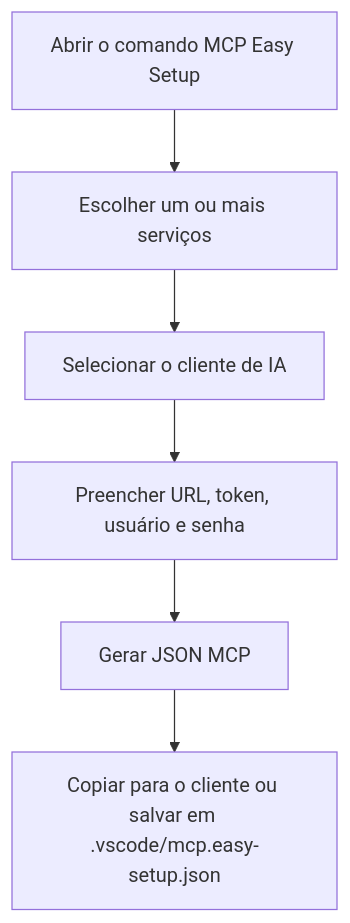
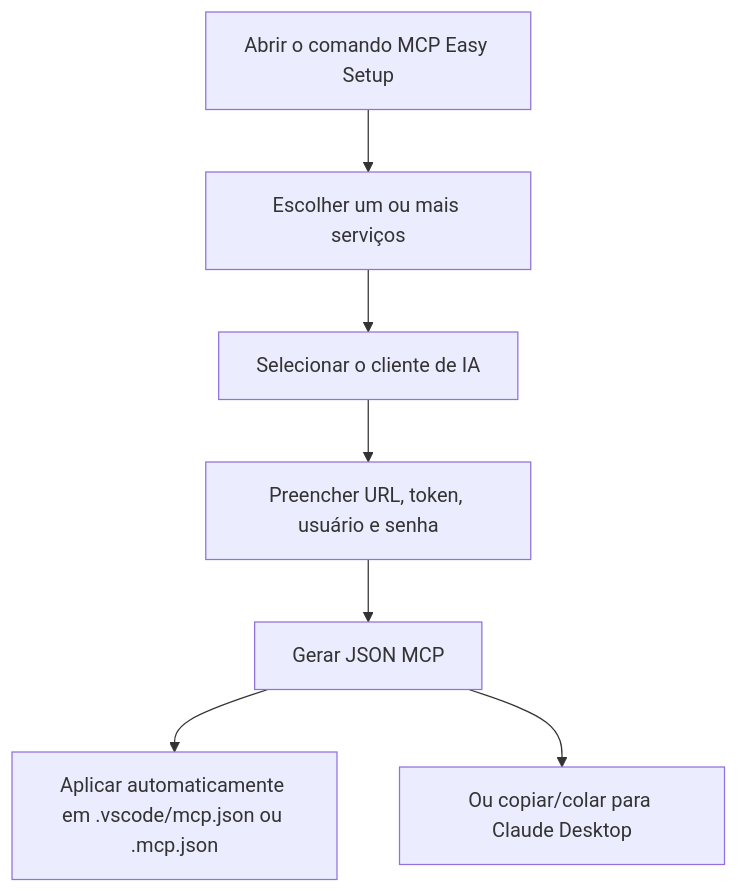
One commit to viniciusscience/mcp-easy-setup changed the diagram in README.md. Above: the diagram before and after it, drawn with Mermaid. The commit also changed other lines of this file and 4 other files, not shown here.

````diff
--- a/README.md
+++ b/README.md
@@ -46,8 +63,9 @@
 ```mermaid
 flowchart TD
     A[Abrir o comando MCP Easy Setup] --> B[Escolher um ou mais serviços]
     B --> C[Selecionar o cliente de IA]
     C --> D[Preencher URL, token, usuário e senha]
-    D --> E[Gerar JSON MCP]
-    E --> F[Copiar para o cliente ou salvar em .vscode/mcp.easy-setup.json]
+  D --> E[Gerar JSON MCP]
+  E --> F[Aplicar automaticamente em .vscode/mcp.json ou .mcp.json]
+  E --> G[Ou copiar/colar para Claude Desktop]
 ```
````
